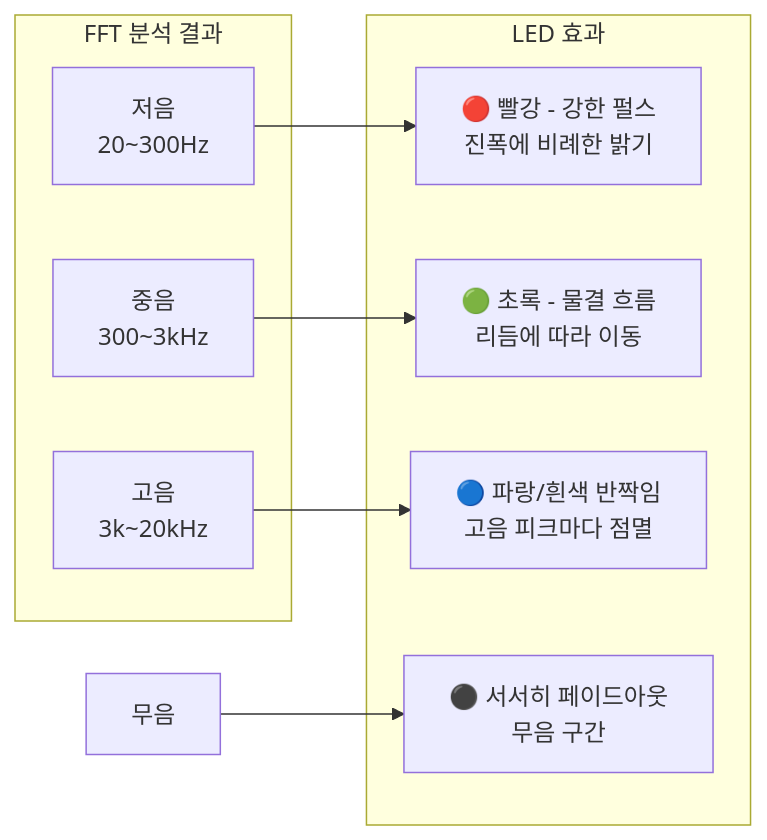
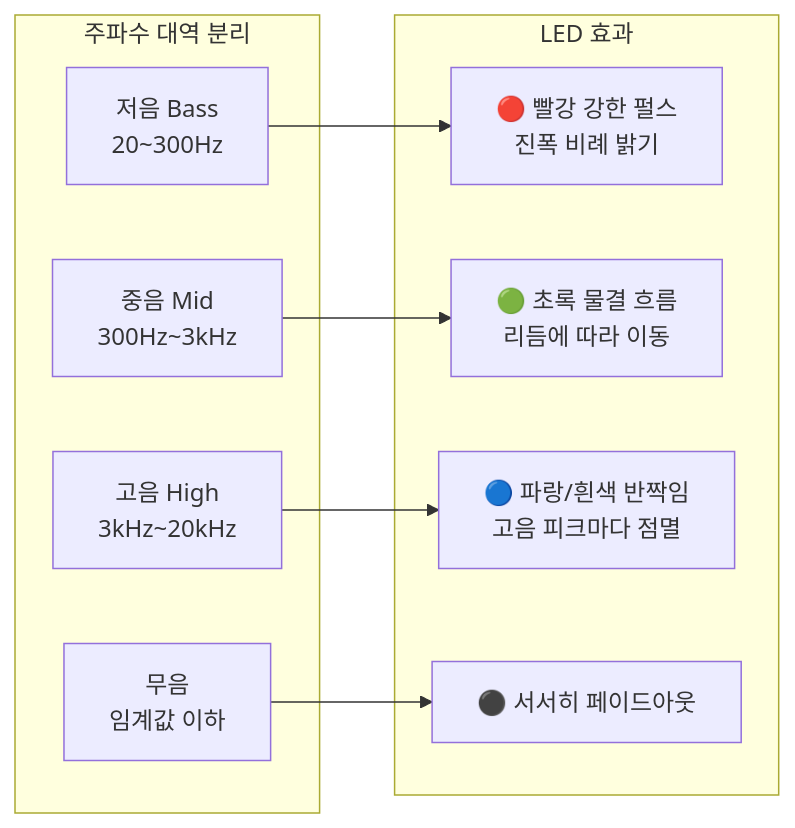
Before and after one commit to gianpark/capstone: the third of 4 diagrams in project.md, drawn with Mermaid. The commit also changed other lines of this file, not shown here.

First line of the commit message:
Revise project overview and system architecture

````diff
--- a/project.md
+++ b/project.md
@@ -60,20 +119,21 @@
 ```mermaid
 flowchart LR
-    subgraph ANALYSIS["FFT 분석 결과"]
-        B[저음\n20~300Hz]
-        M[중음\n300~3kHz]
-        H[고음\n3k~20kHz]
+    subgraph FREQ["주파수 대역 분리"]
+        B["저음 Bass\n20~300Hz"]
+        M["중음 Mid\n300Hz~3kHz"]
+        H["고음 High\n3kHz~20kHz"]
+        S["무음\n임계값 이하"]
     end
 
-    subgraph EFFECT["LED 효과"]
-        E1["🔴 빨강 - 강한 펄스\n진폭에 비례한 밝기"]
-        E2["🟢 초록 - 물결 흐름\n리듬에 따라 이동"]
-        E3["🔵 파랑/흰색 반짝임\n고음 피크마다 점멸"]
-        E4["⚫ 서서히 페이드아웃\n무음 구간"]
+    subgraph FX["LED 효과"]
+        F1["🔴 빨강 강한 펄스\n진폭 비례 밝기"]
+        F2["🟢 초록 물결 흐름\n리듬에 따라 이동"]
+        F3["🔵 파랑/흰색 반짝임\n고음 피크마다 점멸"]
+        F4["⚫ 서서히 페이드아웃"]
     end
 
-    B --> E1
-    M --> E2
-    H --> E3
-    SILENCE[무음] --> E4
+    B --> F1
+    M --> F2
+    H --> F3
+    S --> F4
 ```
````
